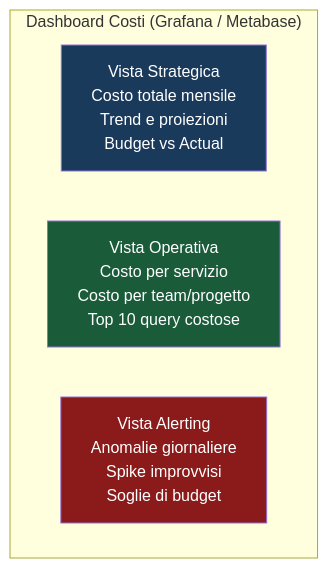
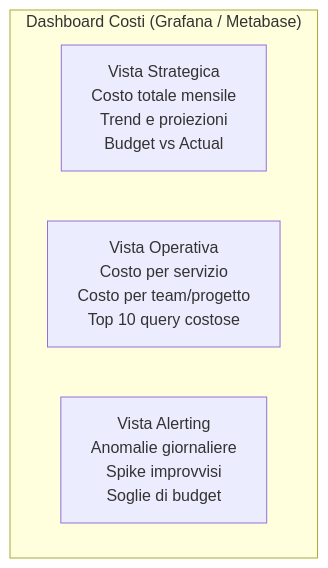
The third of 4 diagrams in src/content/corso/infrastructure-ops/costs.mdx (AndreyBertasini/gynnitech), drawn with Mermaid before and after one commit. The commit also changed other lines of this file and 110 other files, not shown here.

First line of the commit message:
chore(content): optimize mermaid diagrams for mobile and dark theme

````diff
--- a/src/content/corso/infrastructure-ops/costs.mdx
+++ b/src/content/corso/infrastructure-ops/costs.mdx
@@ -364,21 +358,18 @@
 ```mermaid
 flowchart TD
     subgraph "Dashboard Costi (Grafana / Metabase)"
         A["Vista Strategica
         Costo totale mensile
         Trend e proiezioni
         Budget vs Actual"]
         B["Vista Operativa
         Costo per servizio
         Costo per team/progetto
         Top 10 query costose"]
         C["Vista Alerting
         Anomalie giornaliere
         Spike improvvisi
         Soglie di budget"]
     end
 
-    style A fill:#1a3a5c,color:#ffffff
-    style B fill:#1a5c3a,color:#ffffff
-    style C fill:#8b1a1a,color:#ffffff
 ```
````
